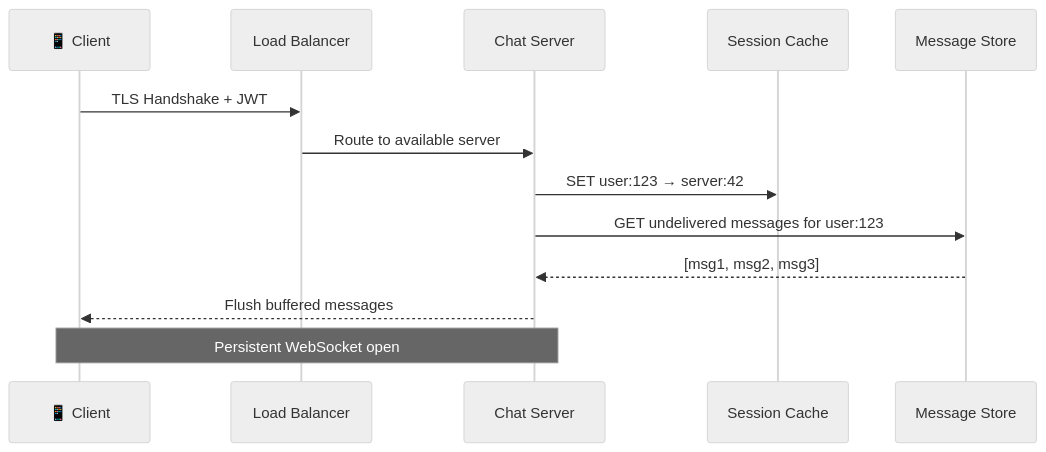
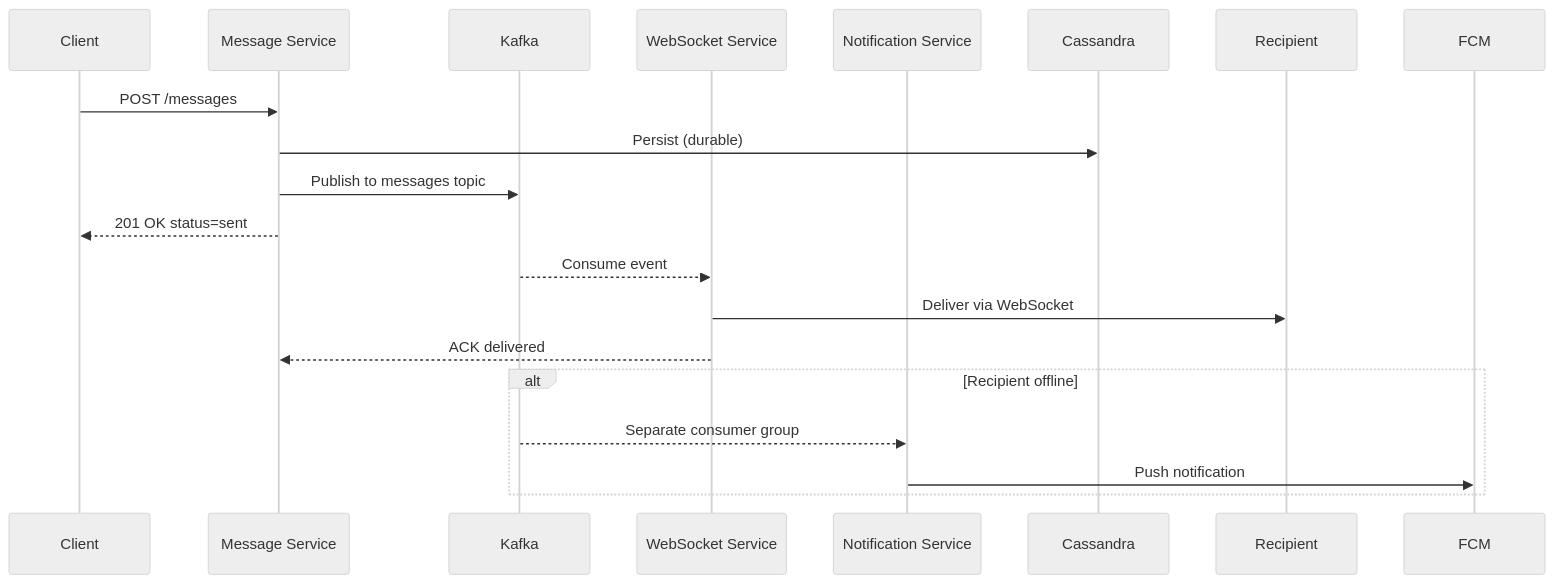
Before and after one commit to deepjyoti-dj7/JustDoIT: the second of 7 diagrams in docs/system-design/hld/real-world-systems/whatsapp.md, drawn with Mermaid (neutral theme). The commit also changed other lines of this file and 8 other files, not shown here.

````diff
--- a/docs/system-design/hld/real-world-systems/whatsapp.md
+++ b/docs/system-design/hld/real-world-systems/whatsapp.md
@@ -161,16 +364,20 @@
 ```mermaid
 sequenceDiagram
-    participant C as 📱 Client
-    participant LB as Load Balancer
-    participant CS as Chat Server
-    participant Redis as Session Cache
-    participant Cassandra as Message Store
+    participant C as Client
+    participant MS as Message Service
+    participant K as Kafka
+    participant WS as WebSocket Service
+    participant NS as Notification Service
 
-    C->>LB: TLS Handshake + JWT
-    LB->>CS: Route to available server
-    CS->>Redis: SET user:123 → server:42
-    CS->>Cassandra: GET undelivered messages for user:123
-    Cassandra-->>CS: [msg1, msg2, msg3]
-    CS-->>C: Flush buffered messages
-    Note over C,CS: Persistent WebSocket open
+    C->>MS: POST /messages
+    MS->>Cassandra: Persist (durable)
+    MS->>K: Publish to messages topic
+    MS-->>C: 201 OK status=sent
+    K-->>WS: Consume event
+    WS->>Recipient: Deliver via WebSocket
+    WS-->>MS: ACK delivered
+    alt Recipient offline
+        K-->>NS: Separate consumer group
+        NS->>FCM: Push notification
+    end
 ```
````
